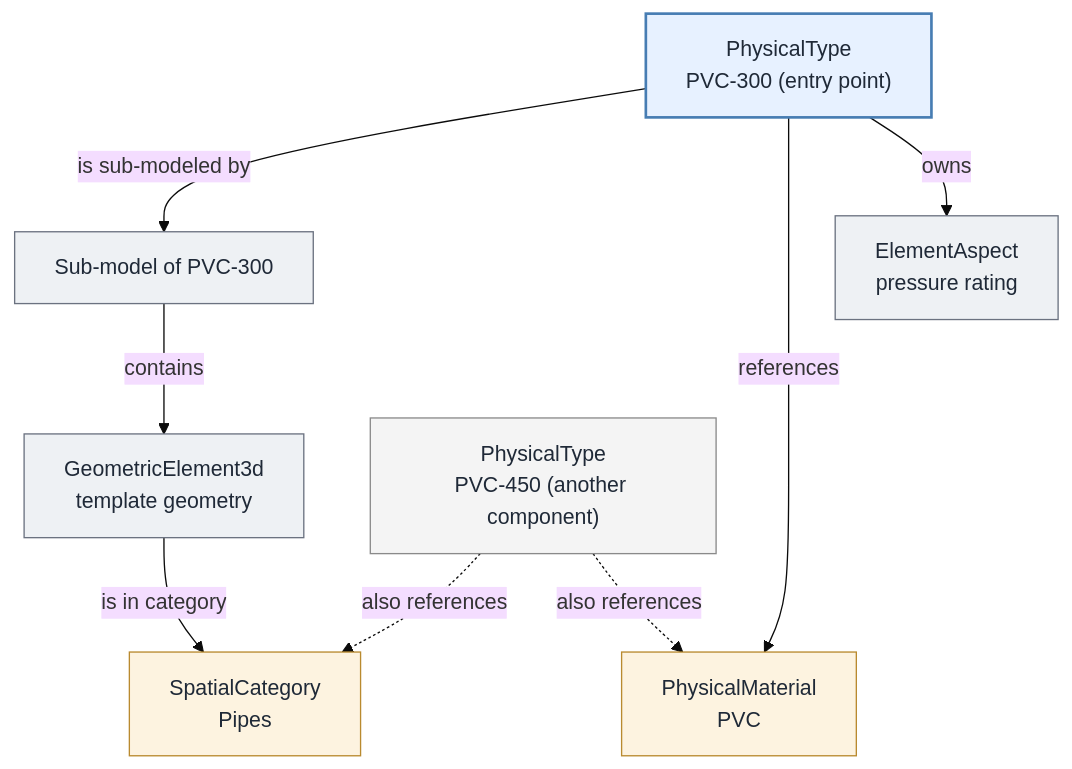
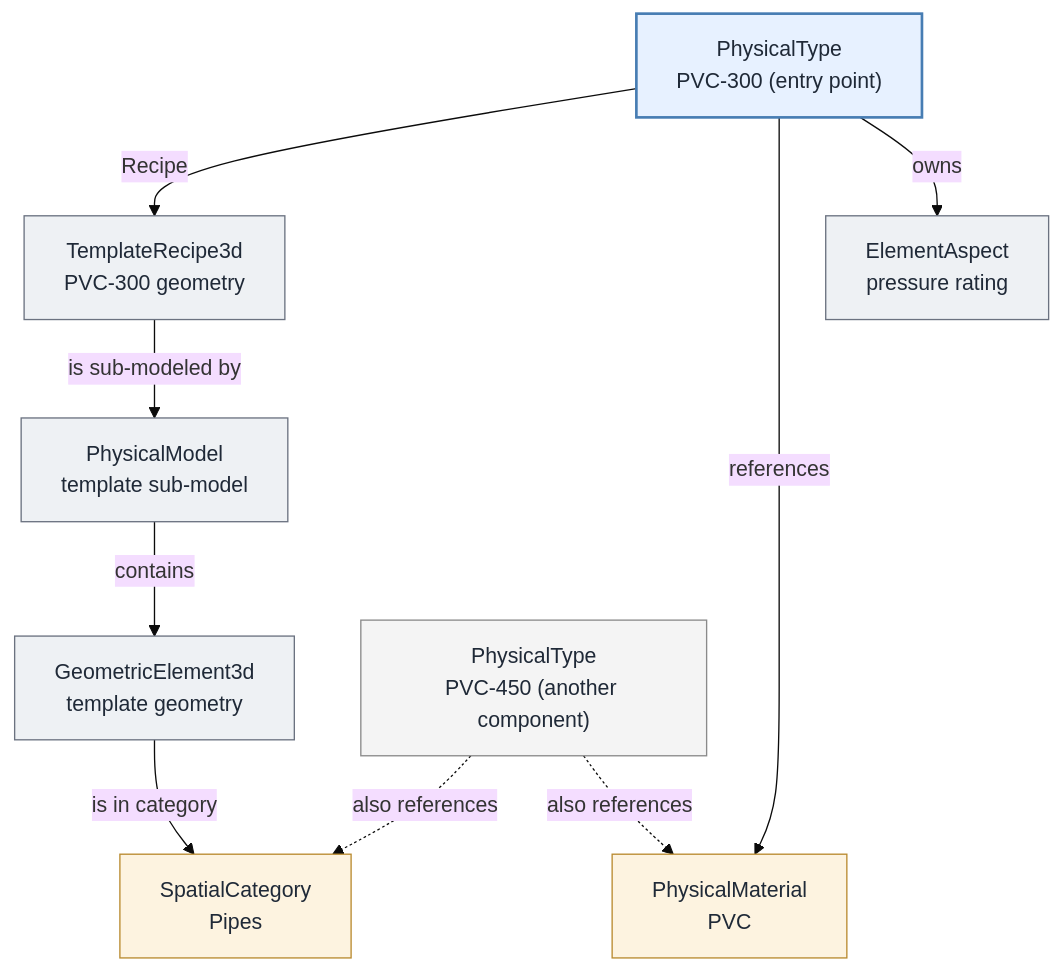
Before and after one commit to iTwin/itwinjs-core: the first of 2 diagrams in docs/bis/guide/data-organization/catalogs.md, drawn with Mermaid (base theme). The commit also changed other lines of this file, not shown here.

````diff
--- a/docs/bis/guide/data-organization/catalogs.md
+++ b/docs/bis/guide/data-organization/catalogs.md
@@ -38,27 +39,29 @@
 ```mermaid
 graph TD
     PT["PhysicalType<br/>PVC-300 (entry point)"]
-    SM["Sub-model of PVC-300"]
+    TR["TemplateRecipe3d<br/>PVC-300 geometry"]
+    SM["PhysicalModel<br/>template sub-model"]
     GEO["GeometricElement3d<br/>template geometry"]
     CAT["SpatialCategory<br/>Pipes"]
     MAT["PhysicalMaterial<br/>PVC"]
     ASP["ElementAspect<br/>pressure rating"]
     PT2["PhysicalType<br/>PVC-450 (another component)"]
 
-    PT -- "is sub-modeled by" --> SM
+    PT -- "Recipe" --> TR
+    TR -- "is sub-modeled by" --> SM
     SM -- "contains" --> GEO
     GEO -- "is in category" --> CAT
     PT -- "references" --> MAT
     PT -- "owns" --> ASP
     PT2 -. "also references" .-> CAT
     PT2 -. "also references" .-> MAT
 
     classDef entry fill:#e7f1ff,stroke:#477db3,stroke-width:2px,color:#1f2937
     classDef dep fill:#eef1f4,stroke:#6b7280,stroke-width:1px,color:#1f2937
     classDef shared fill:#fdf3e0,stroke:#b98a2f,stroke-width:1px,color:#1f2937
     classDef other fill:#f4f4f4,stroke:#8a8a8a,stroke-width:1px,color:#1f2937
     class PT entry
-    class SM,GEO,ASP dep
+    class TR,SM,GEO,ASP dep
     class CAT,MAT shared
     class PT2 other
 ```
````
